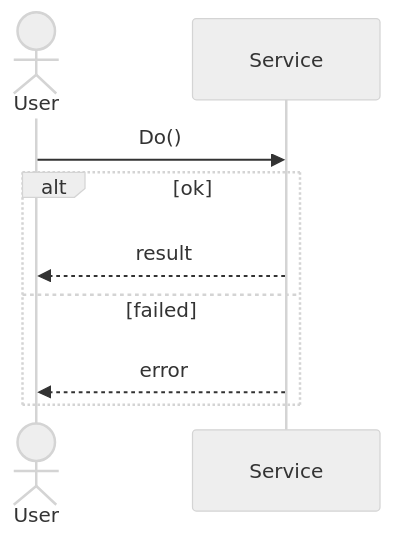
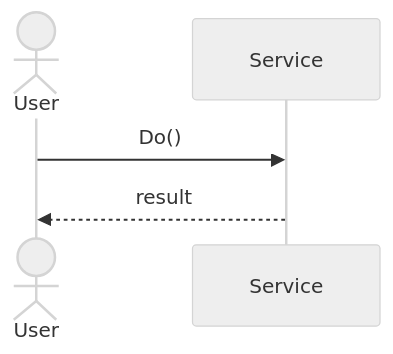
One commit to Akus0ni/LowLevelDesignGuide changed the diagram in content/uml/sequence-diagram/cheatsheet.md. Above: the diagram before and after it, drawn with Mermaid (neutral theme). The commit also changed other lines of this file and 2 other files, not shown here.

Commit message:
spec-008: CI fix: Relationships, Sequence and Activity cheat sheets leave headroom under the 3-screen budget (Linux fonts render taller)
Claude-Session: https://claude.ai/code/session_01CuaJewaujHCxoMg2F6mdQy

````diff
--- a/content/uml/sequence-diagram/cheatsheet.md
+++ b/content/uml/sequence-diagram/cheatsheet.md
@@ -17,11 +13,7 @@
 ```mermaid
 sequenceDiagram
     actor U as User
     participant S as Service
     U->>S: Do()
-    alt ok
-        S-->>U: result
-    else failed
-        S-->>U: error
-    end
+    S-->>U: result
 ```
````
